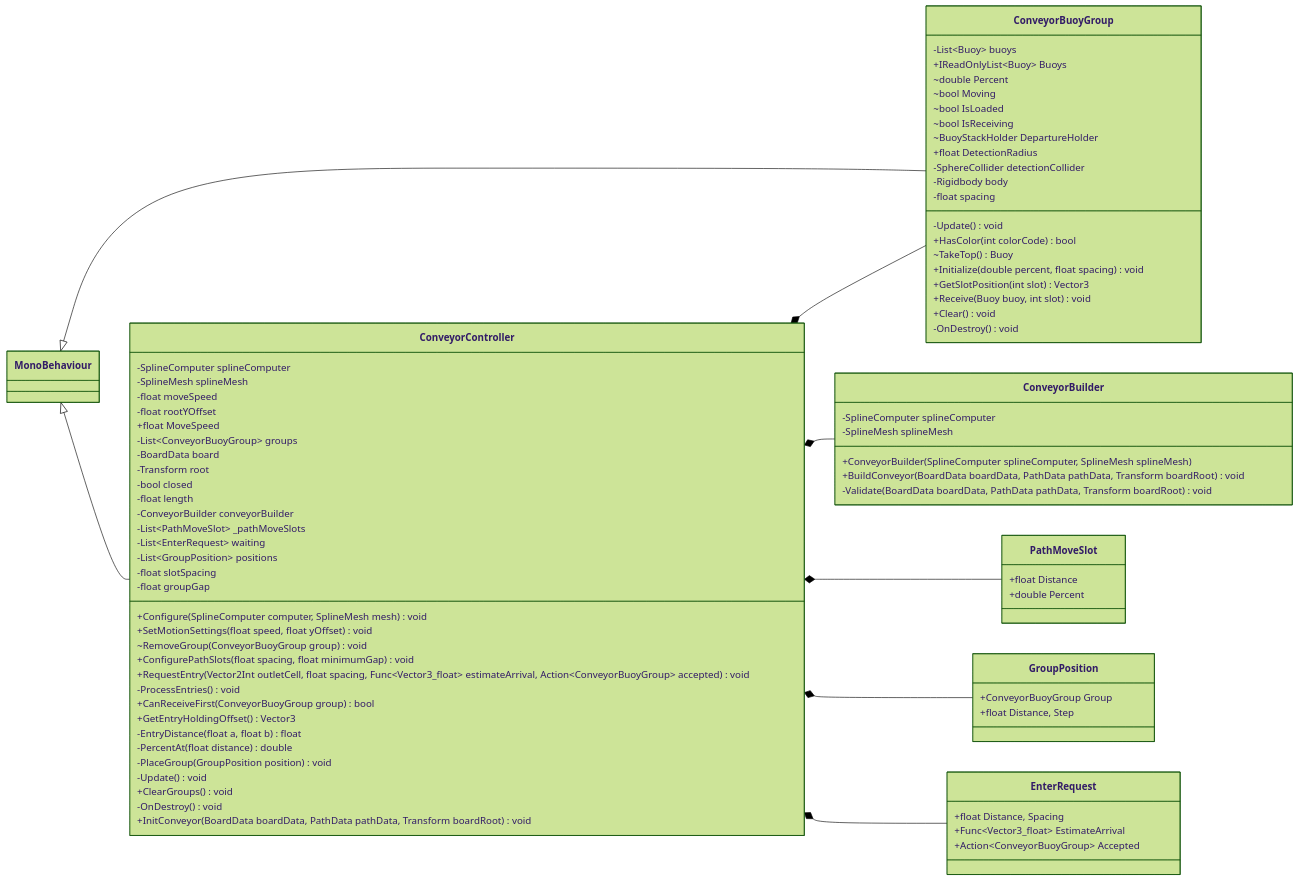
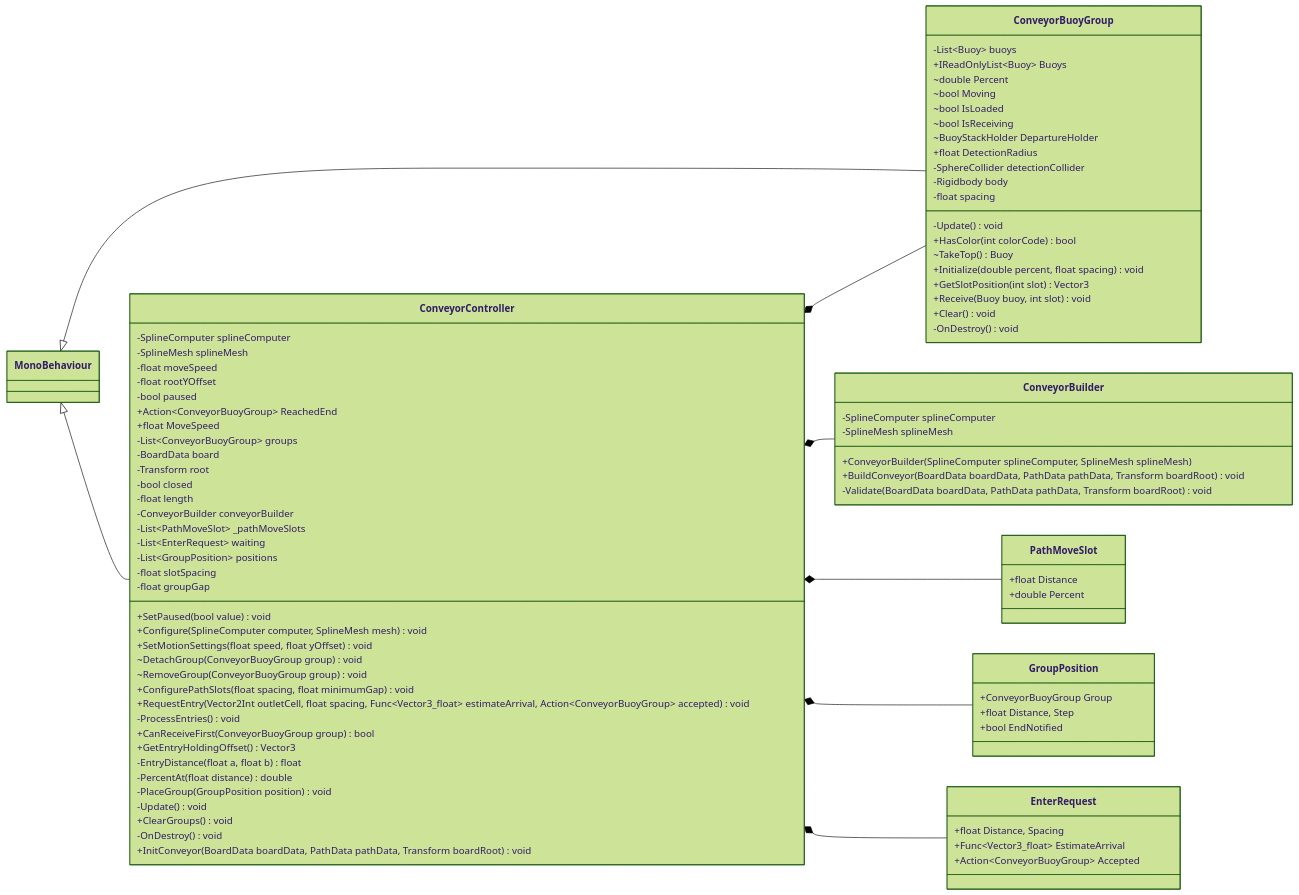
Before and after one commit to nchuoi2443/WaterConveyorSort: the diagram in Docs/ClassDiagram-Conveyor.mmd, drawn with Mermaid (forest theme). The commit also changed 34 other files, not shown here.

```diff
--- a/Docs/ClassDiagram-Conveyor.mmd
+++ b/Docs/ClassDiagram-Conveyor.mmd
@@ -1,83 +1,88 @@
 classDiagram
 direction LR
 class ConveyorBuilder {
     -SplineComputer splineComputer
     -SplineMesh splineMesh
     +ConveyorBuilder(SplineComputer splineComputer, SplineMesh splineMesh)
     +BuildConveyor(BoardData boardData, PathData pathData, Transform boardRoot) void
     -Validate(BoardData boardData, PathData pathData, Transform boardRoot) void
 }
 class ConveyorBuoyGroup {
     -List~Buoy~ buoys
     +IReadOnlyList~Buoy~ Buoys
     ~double Percent
     ~bool Moving
     ~bool IsLoaded
     ~bool IsReceiving
     ~BuoyStackHolder DepartureHolder
     +float DetectionRadius
     -SphereCollider detectionCollider
     -Rigidbody body
     -Update() void
     +HasColor(int colorCode) bool
     ~TakeTop() Buoy
     -float spacing
     +Initialize(double percent, float spacing) void
     +GetSlotPosition(int slot) Vector3
     +Receive(Buoy buoy, int slot) void
     +Clear() void
     -OnDestroy() void
 }
 MonoBehaviour <|-- ConveyorBuoyGroup
 class ConveyorController {
     -SplineComputer splineComputer
     -SplineMesh splineMesh
     -float moveSpeed
     -float rootYOffset
+    -bool paused
+    +Action~ConveyorBuoyGroup~ ReachedEnd
+    +SetPaused(bool value) void
     +Configure(SplineComputer computer, SplineMesh mesh) void
     +SetMotionSettings(float speed, float yOffset) void
     +float MoveSpeed
     -List~ConveyorBuoyGroup~ groups
     -BoardData board
     -Transform root
     -bool closed
     -float length
     -ConveyorBuilder conveyorBuilder
     -List~PathMoveSlot~ _pathMoveSlots
     -List~EnterRequest~ waiting
     -List~GroupPosition~ positions
     -float slotSpacing
     -float groupGap
+    ~DetachGroup(ConveyorBuoyGroup group) void
     ~RemoveGroup(ConveyorBuoyGroup group) void
     +ConfigurePathSlots(float spacing, float minimumGap) void
     +RequestEntry(Vector2Int outletCell, float spacing, Func~Vector3_float~ estimateArrival, Action~ConveyorBuoyGroup~ accepted) void
     -ProcessEntries() void
     +CanReceiveFirst(ConveyorBuoyGroup group) bool
     +GetEntryHoldingOffset() Vector3
     -EntryDistance(float a, float b) float
     -PercentAt(float distance) double
     -PlaceGroup(GroupPosition position) void
     -Update() void
     +ClearGroups() void
     -OnDestroy() void
     +InitConveyor(BoardData boardData, PathData pathData, Transform boardRoot) void
 }
 MonoBehaviour <|-- ConveyorController
 class PathMoveSlot {
     +float Distance
     +double Percent
 }
 class GroupPosition {
     +ConveyorBuoyGroup Group
     +float Distance, Step
+    +bool EndNotified
 }
 class EnterRequest {
     +float Distance, Spacing
     +Func~Vector3_float~ EstimateArrival
     +Action~ConveyorBuoyGroup~ Accepted
 }
 ConveyorController *-- ConveyorBuilder
 ConveyorController *-- ConveyorBuoyGroup
 ConveyorController *-- PathMoveSlot
 ConveyorController *-- GroupPosition
 ConveyorController *-- EnterRequest
```
